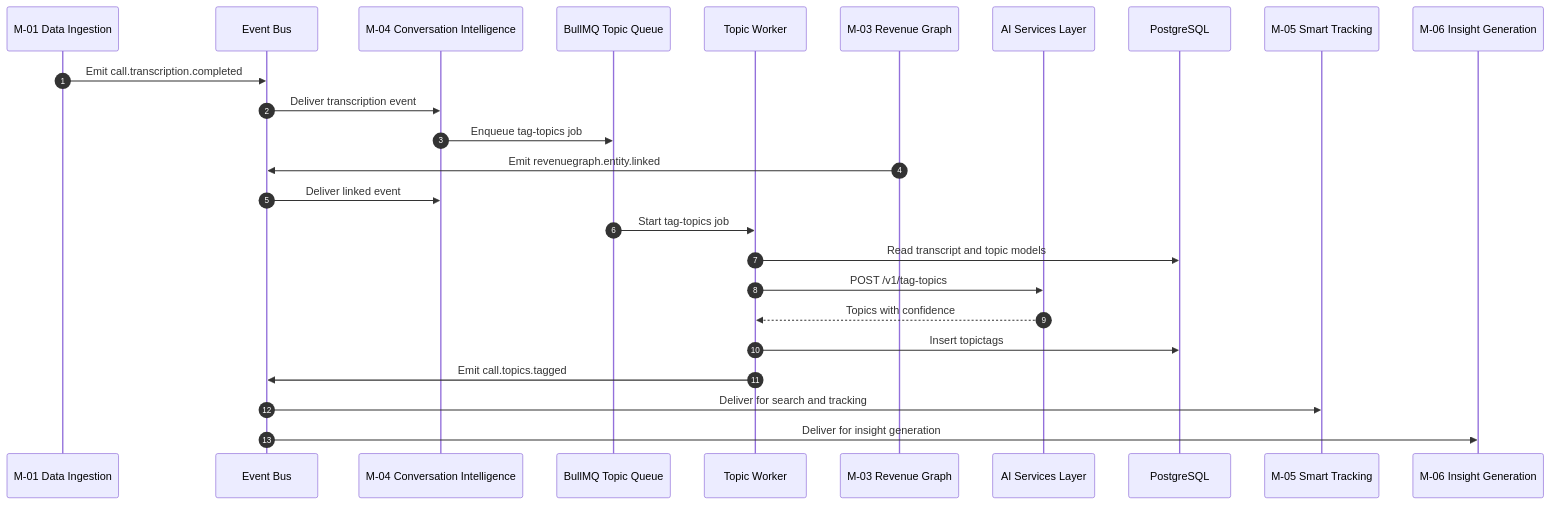
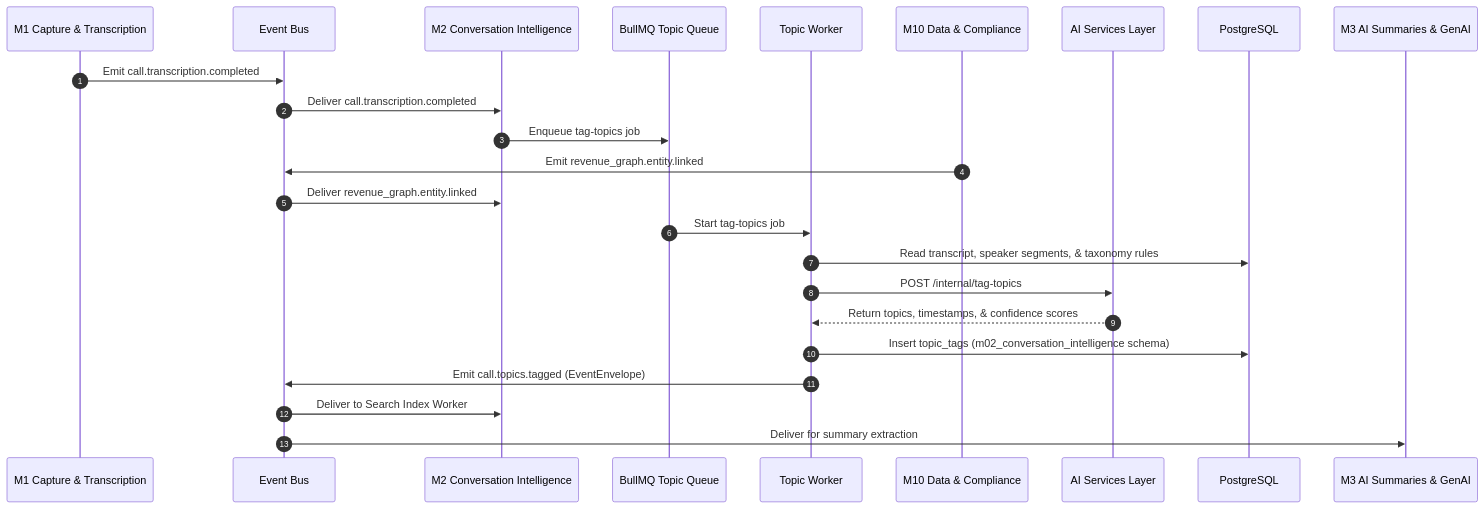
The second of 6 diagrams in Reference documents/M2 Conversation Intelligence/Sequence Diagrams for M2.md (PoojaTiwari09/FB-and-RP-Fixes), drawn with Mermaid before and after one commit. The commit also changed other lines of this file and 79 other files, not shown here.

````diff
--- a/Reference documents/M2 Conversation Intelligence/Sequence Diagrams for M2.md
+++ b/Reference documents/M2 Conversation Intelligence/Sequence Diagrams for M2.md
@@ -158,30 +74,29 @@
 ```mermaid
 sequenceDiagram
     autonumber
-    participant M01 as M-01 Data Ingestion
+    participant M1 as M1 Capture & Transcription
     participant EVT as Event Bus
-    participant M04 as M-04 Conversation Intelligence
+    participant M2 as M2 Conversation Intelligence
     participant Q as BullMQ Topic Queue
     participant W as Topic Worker
-    participant M03 as M-03 Revenue Graph
+    participant M10 as M10 Data & Compliance
     participant AI as AI Services Layer
     participant DB as PostgreSQL
-    participant M05 as M-05 Smart Tracking
-    participant M06 as M-06 Insight Generation
+    participant M3 as M3 AI Summaries & GenAI
 
-    M01->>EVT: Emit call.transcription.completed
-    EVT->>M04: Deliver transcription event
-    M04->>Q: Enqueue tag-topics job
+    M1->>EVT: Emit call.transcription.completed
+    EVT->>M2: Deliver call.transcription.completed
+    M2->>Q: Enqueue tag-topics job
 
-    M03->>EVT: Emit revenuegraph.entity.linked
-    EVT->>M04: Deliver linked event
+    M10->>EVT: Emit revenue_graph.entity.linked
+    EVT->>M2: Deliver revenue_graph.entity.linked
 
     Q->>W: Start tag-topics job
-    W->>DB: Read transcript and topic models
-    W->>AI: POST /v1/tag-topics
-    AI-->>W: Topics with confidence
-    W->>DB: Insert topictags
-    W->>EVT: Emit call.topics.tagged
-    EVT->>M05: Deliver for search and tracking
-    EVT->>M06: Deliver for insight generation
+    W->>DB: Read transcript, speaker segments, & taxonomy rules
+    W->>AI: POST /internal/tag-topics
+    AI-->>W: Return topics, timestamps, & confidence scores
+    W->>DB: Insert topic_tags (m02_conversation_intelligence schema)
+    W->>EVT: Emit call.topics.tagged (EventEnvelope)
+    EVT->>M2: Deliver to Search Index Worker
+    EVT->>M3: Deliver for summary extraction
 ```
````
